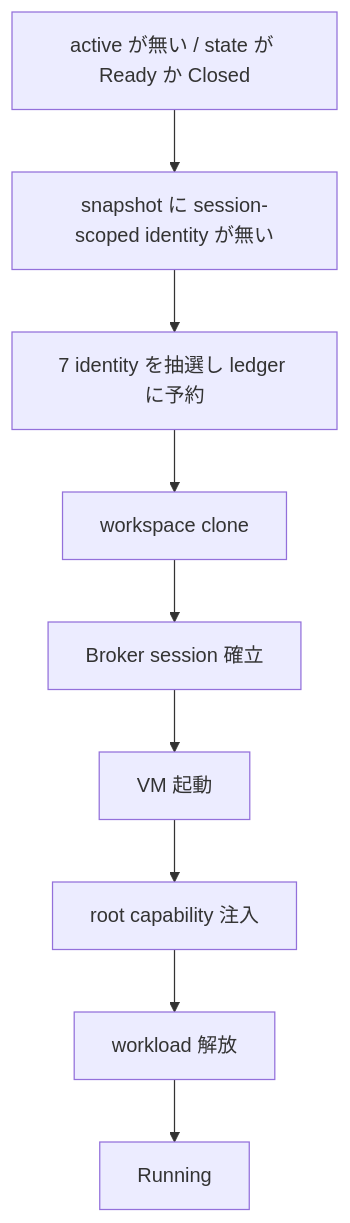
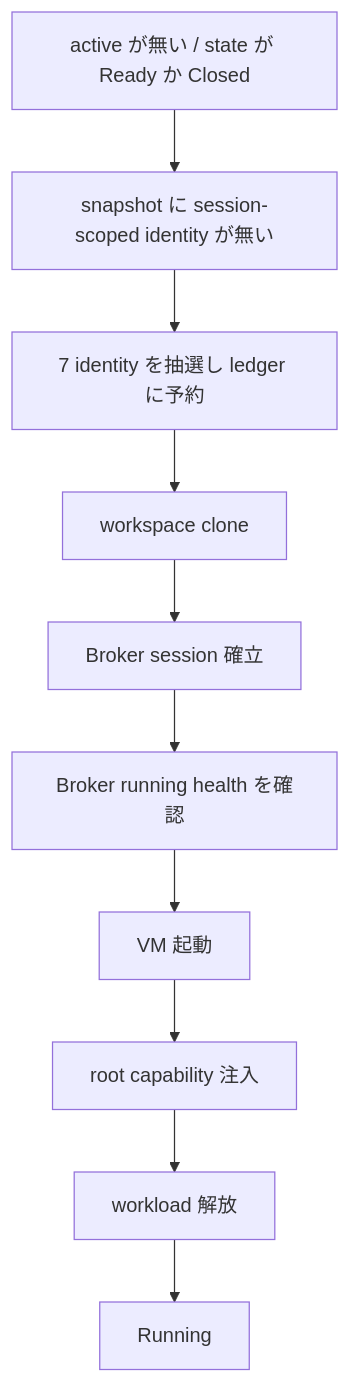
One commit to Aqua-218/SecCamp-AIAgent changed the diagram in docs/session-orchestrator/lifecycle.md. Above: the diagram before and after it, drawn with Mermaid. The commit also changed other lines of this file, not shown here.

Commit message:
docs(session-orchestrator): record the Broker health gate before workload release

````diff
--- a/docs/session-orchestrator/lifecycle.md
+++ b/docs/session-orchestrator/lifecycle.md
@@ -28,11 +28,12 @@
 ```mermaid
 flowchart TB
     g1["active が無い / state が Ready か Closed"] --> g2["snapshot に session-scoped identity が無い"]
     g2 --> ledger["7 identity を抽選し ledger に予約"]
     ledger --> ws["workspace clone"]
     ws --> br["Broker session 確立"]
-    br --> vm["VM 起動"]
+    br --> health["Broker running health を確認"]
+    health --> vm["VM 起動"]
     vm --> cap["root capability 注入"]
     cap --> wl["workload 解放"]
     wl --> run["Running"]
 ```
````
